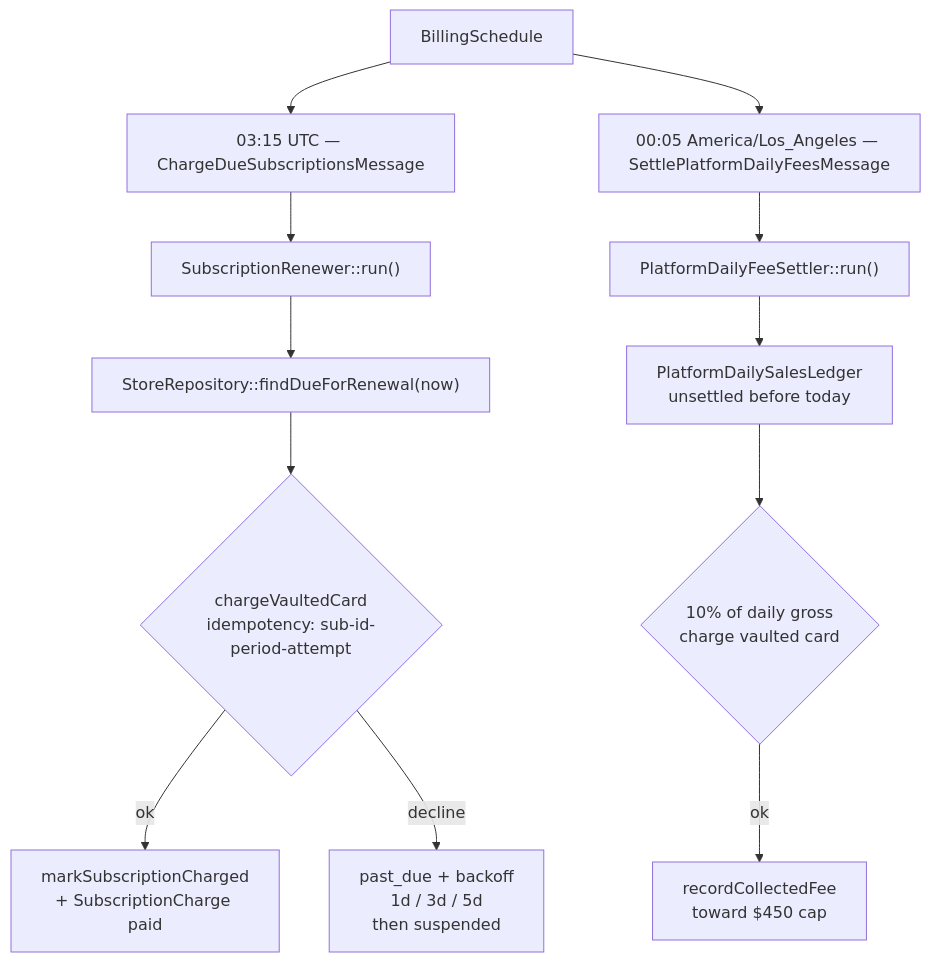
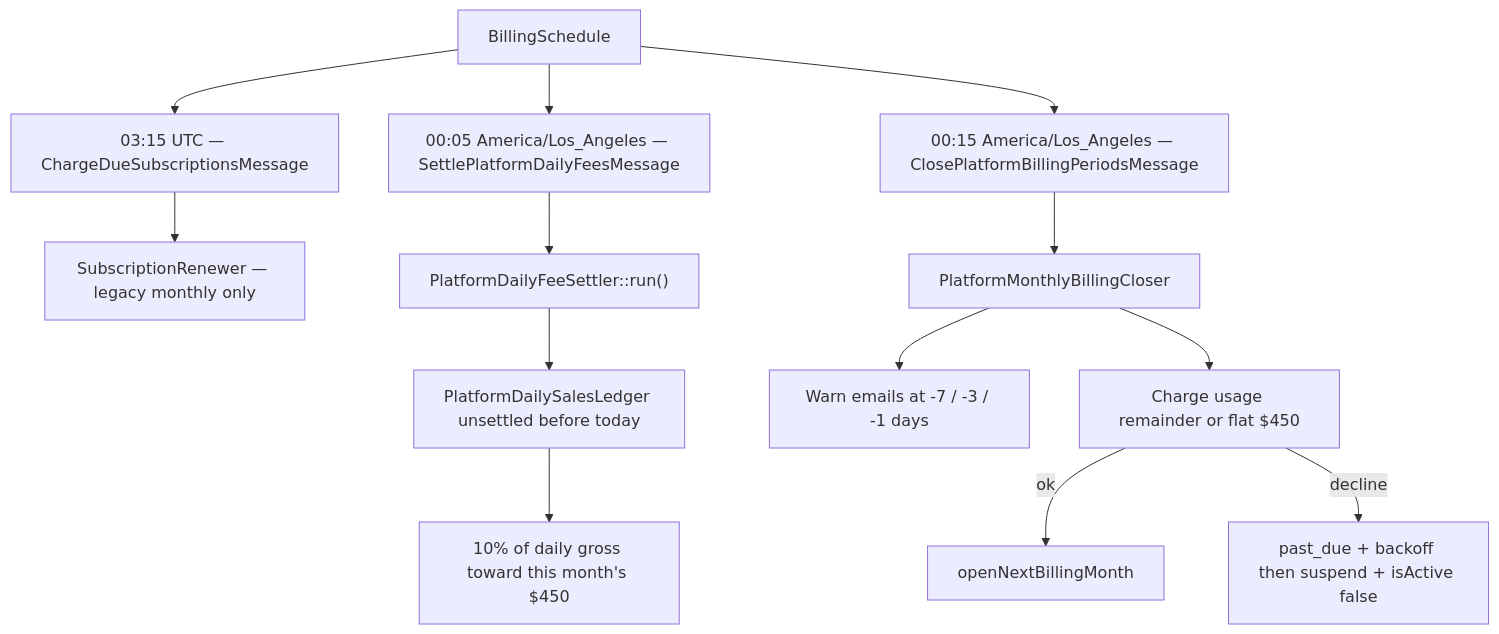
One commit to Game-Store-Solutions/Lgscardvault changed the second of 4 diagrams in architecture/payments-and-billing.md. Above: the diagram before and after it, drawn with Mermaid. The commit also changed other lines of this file and 35 other files, not shown here.

````diff
--- a/architecture/payments-and-billing.md
+++ b/architecture/payments-and-billing.md
@@ -60,14 +60,15 @@
 ```mermaid
 flowchart TD
     sched["BillingSchedule"] --> sub["03:15 UTC — ChargeDueSubscriptionsMessage"]
     sched --> fees["00:05 America/Los_Angeles — SettlePlatformDailyFeesMessage"]
-    sub --> ren["SubscriptionRenewer::run()"]
+    sched --> month["00:15 America/Los_Angeles — ClosePlatformBillingPeriodsMessage"]
+    sub --> ren["SubscriptionRenewer — legacy monthly only"]
     fees --> settle["PlatformDailyFeeSettler::run()"]
-    ren --> due["StoreRepository::findDueForRenewal(now)"]
-    due --> charge{"chargeVaultedCard<br/>idempotency: sub-id-period-attempt"}
-    charge -->|ok| paid["markSubscriptionCharged<br/>+ SubscriptionCharge paid"]
-    charge -->|decline| fail["past_due + backoff<br/>1d / 3d / 5d<br/>then suspended"]
-    settle --> ledgers["PlatformDailySalesLedger<br/>unsettled before today"]
-    ledgers --> daily{"10% of daily gross<br/>charge vaulted card"}
-    daily -->|ok| cap["recordCollectedFee<br/>toward $450 cap"]
+    month --> closer["PlatformMonthlyBillingCloser"]
+    closer --> warn["Warn emails at -7 / -3 / -1 days"]
+    closer --> close["Charge usage remainder or flat $450"]
+    close -->|ok| next["openNextBillingMonth"]
+    close -->|decline| fail["past_due + backoff then suspend + isActive false"]
+    settle --> ledgers["PlatformDailySalesLedger unsettled before today"]
+    ledgers --> daily["10% of daily gross toward this month's $450"]
 ```
````
